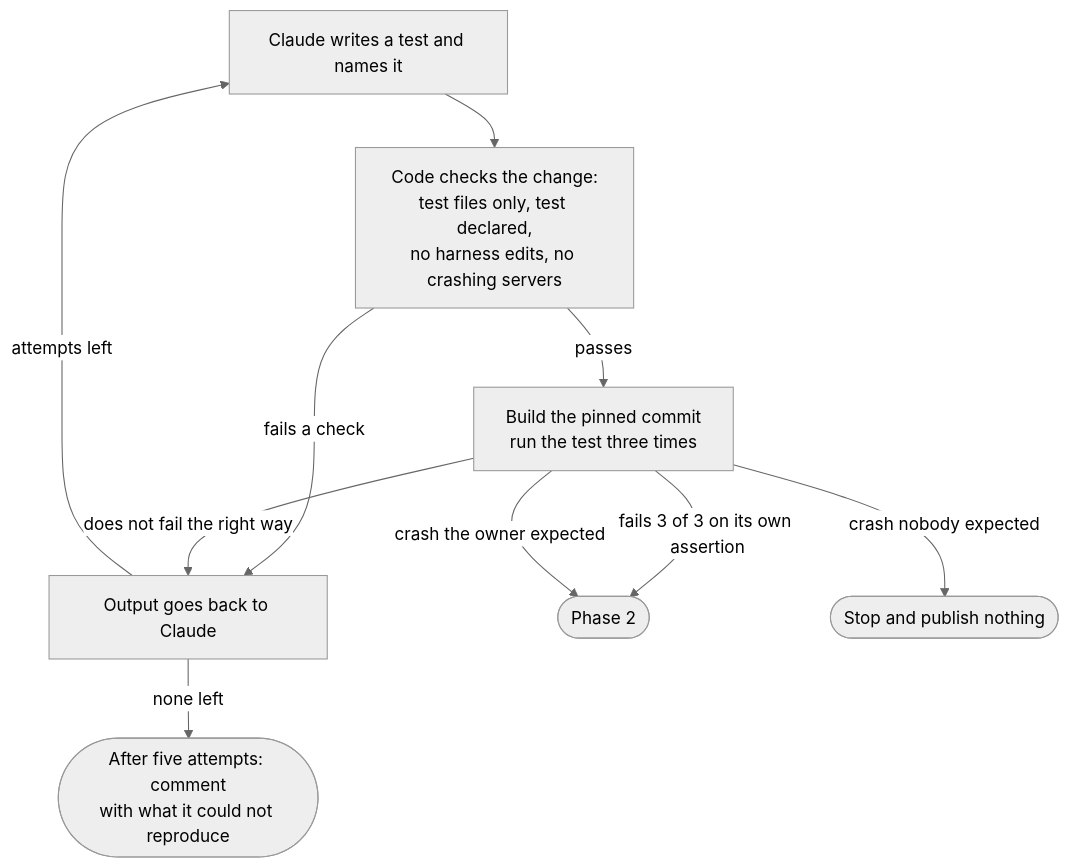
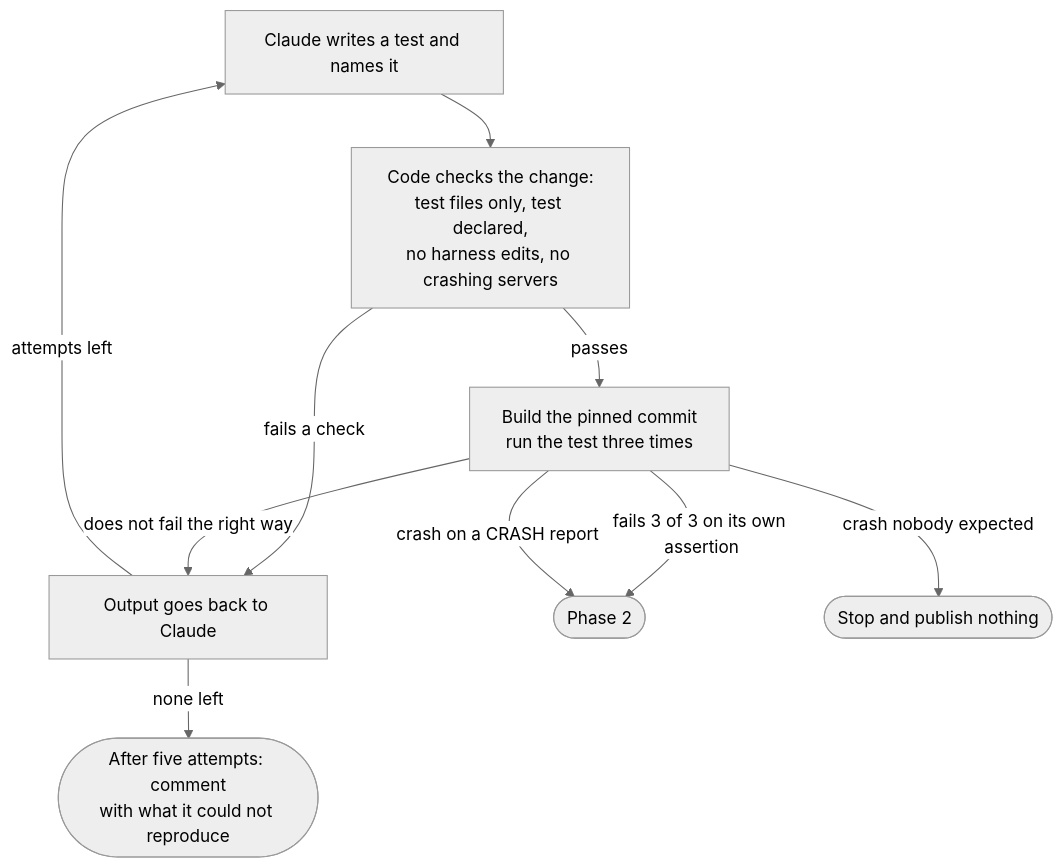
One commit to sarthakaggarwal97/valkey-ci-agent changed the second of 5 diagrams in docs/design/software-factory.md. Above: the diagram before and after it, drawn with Mermaid (neutral theme). The commit also changed other lines of this file, not shown here.

````diff
--- a/docs/design/software-factory.md
+++ b/docs/design/software-factory.md
@@ -53,19 +53,19 @@
 ```mermaid
 flowchart TD
     A["Claude writes a test and names it"]
     B["Code checks the change:<br/>test files only, test declared,<br/>no harness edits, no crashing servers"]
     C["Build the pinned commit<br/>run the test three times"]
     R["Output goes back to Claude"]
     N(["After five attempts: comment<br/>with what it could not reproduce"])
     P2(["Phase 2"])
     S(["Stop and publish nothing"])
     A --> B
     B -->|"fails a check"| R
     B -->|"passes"| C
     C -->|"fails 3 of 3 on its own assertion"| P2
     C -->|"does not fail the right way"| R
-    C -->|"crash the owner expected"| P2
+    C -->|"crash on a CRASH report"| P2
     C -->|"crash nobody expected"| S
     R -->|"attempts left"| A
     R -->|"none left"| N
 ```
````
